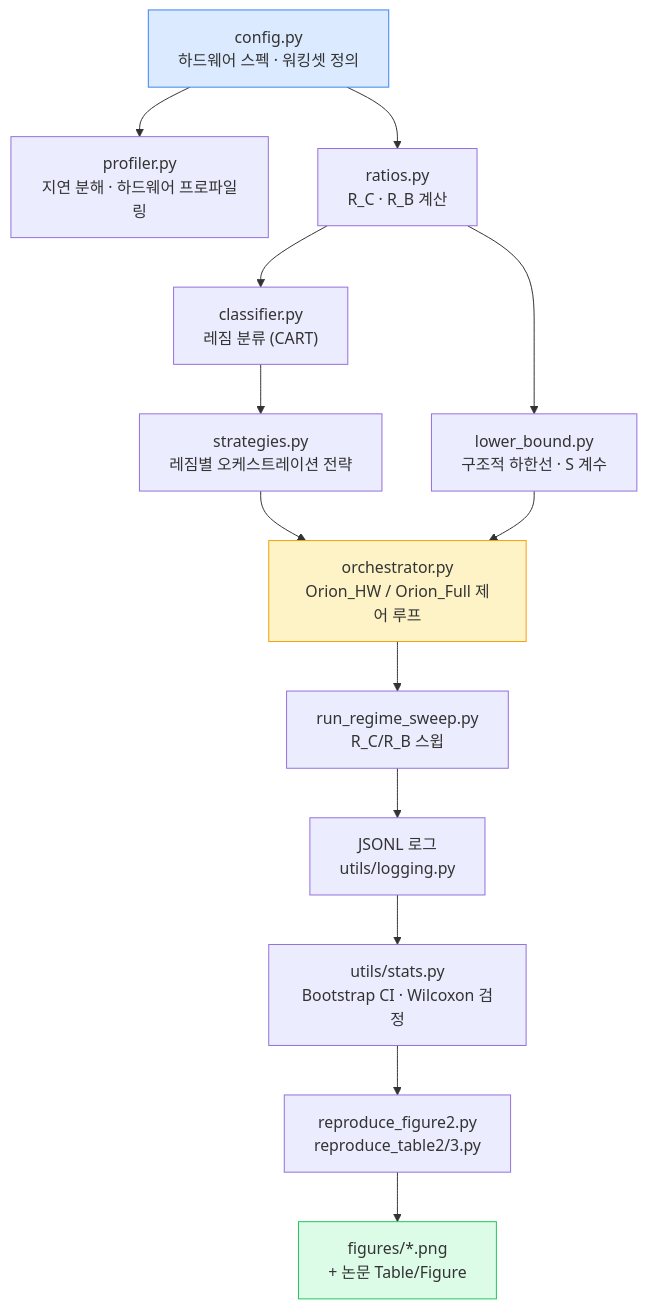
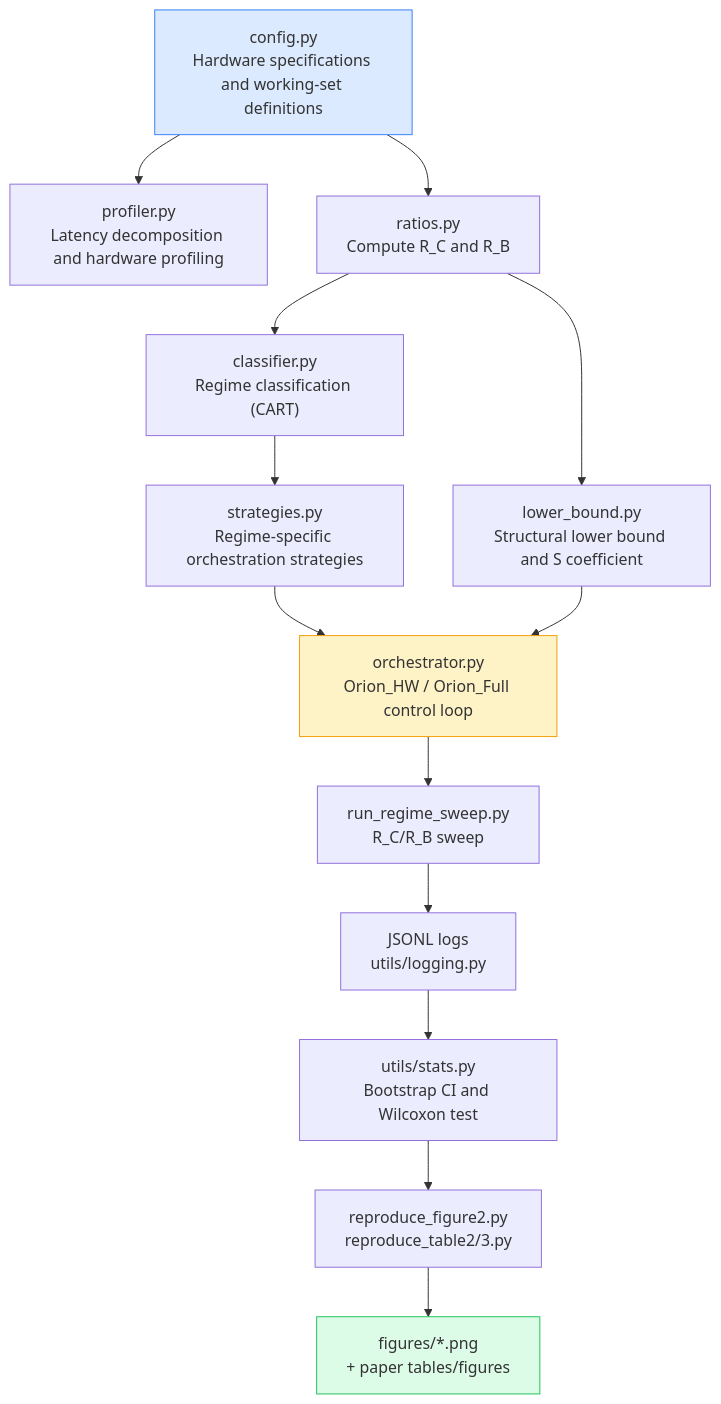
The second of 3 diagrams in paper/README.md (leemgs/orion), drawn with Mermaid before and after one commit. The commit also changed other lines of this file, not shown here.

Commit message:
Translate paper README into English

````diff
--- a/paper/README.md
+++ b/paper/README.md
@@ -70,19 +70,19 @@
 ```mermaid
 flowchart TD
-    A["config.py<br/>하드웨어 스펙 · 워킹셋 정의"] --> B["profiler.py<br/>지연 분해 · 하드웨어 프로파일링"]
-    A --> C["ratios.py<br/>R_C · R_B 계산"]
-    C --> D["classifier.py<br/>레짐 분류 (CART)"]
-    D --> E["strategies.py<br/>레짐별 오케스트레이션 전략"]
-    C --> F["lower_bound.py<br/>구조적 하한선 · S 계수"]
-    E --> G["orchestrator.py<br/>Orion_HW / Orion_Full 제어 루프"]
+    A["config.py<br/>Hardware specifications and working-set definitions"] --> B["profiler.py<br/>Latency decomposition and hardware profiling"]
+    A --> C["ratios.py<br/>Compute R_C and R_B"]
+    C --> D["classifier.py<br/>Regime classification (CART)"]
+    D --> E["strategies.py<br/>Regime-specific orchestration strategies"]
+    C --> F["lower_bound.py<br/>Structural lower bound and S coefficient"]
+    E --> G["orchestrator.py<br/>Orion_HW / Orion_Full control loop"]
     F --> G
-    G --> H["run_regime_sweep.py<br/>R_C/R_B 스윕"]
-    H --> I["JSONL 로그<br/>utils/logging.py"]
-    I --> J["utils/stats.py<br/>Bootstrap CI · Wilcoxon 검정"]
+    G --> H["run_regime_sweep.py<br/>R_C/R_B sweep"]
+    H --> I["JSONL logs<br/>utils/logging.py"]
+    I --> J["utils/stats.py<br/>Bootstrap CI and Wilcoxon test"]
     J --> K["reproduce_figure2.py<br/>reproduce_table2/3.py"]
-    K --> L["figures/*.png<br/>+ 논문 Table/Figure"]
+    K --> L["figures/*.png<br/>+ paper tables/figures"]
 
     style A fill:#dbeafe,stroke:#3b82f6
     style G fill:#fef3c7,stroke:#f59e0b
     style L fill:#dcfce7,stroke:#22c55e
 ```
````
